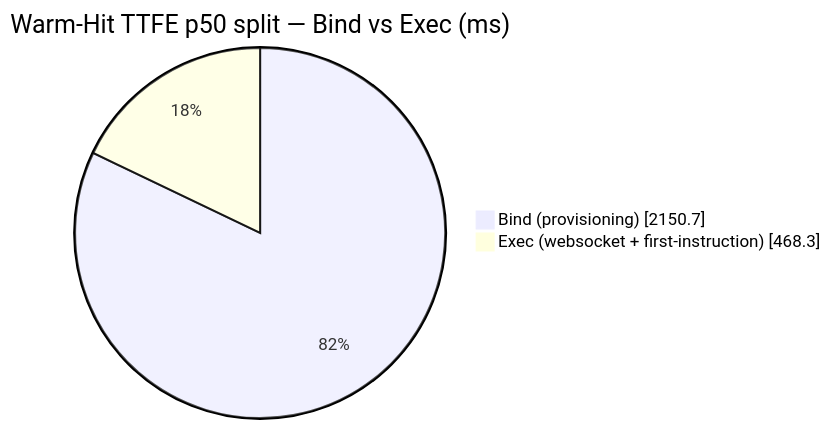
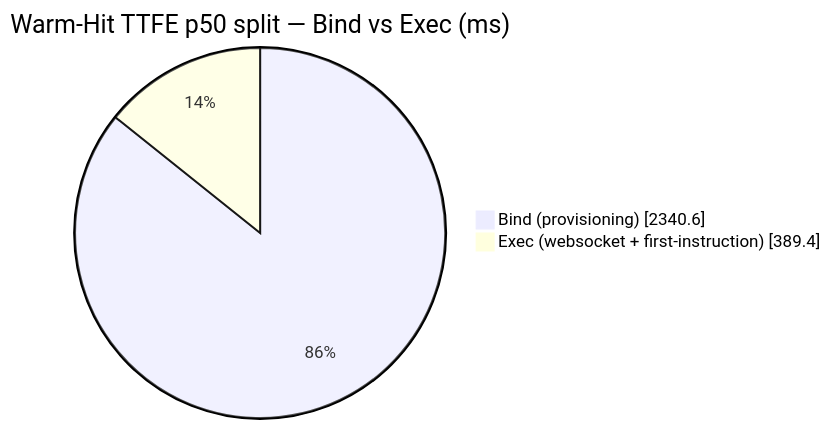
Before and after one commit to AlexBulankou/honest-bench: the diagram in DETAILS.md, drawn with Mermaid. The commit also changed other lines of this file and 4 other files, not shown here.

````diff
--- a/DETAILS.md
+++ b/DETAILS.md
@@ -120,6 +121,6 @@
 ```mermaid
 pie showData
     title Warm-Hit TTFE p50 split — Bind vs Exec (ms)
-    "Bind (provisioning)" : 2150.7
-    "Exec (websocket + first-instruction)" : 468.3
+    "Bind (provisioning)" : 2340.6
+    "Exec (websocket + first-instruction)" : 389.4
 ```
````
